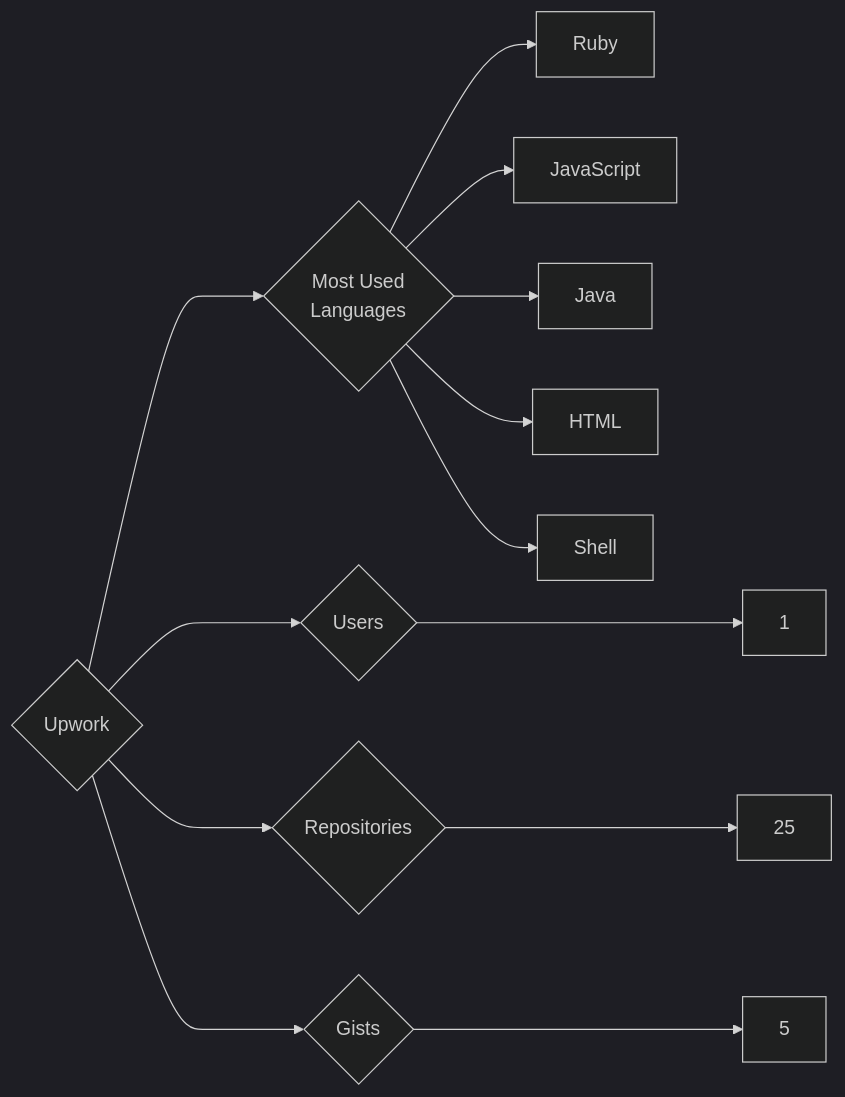
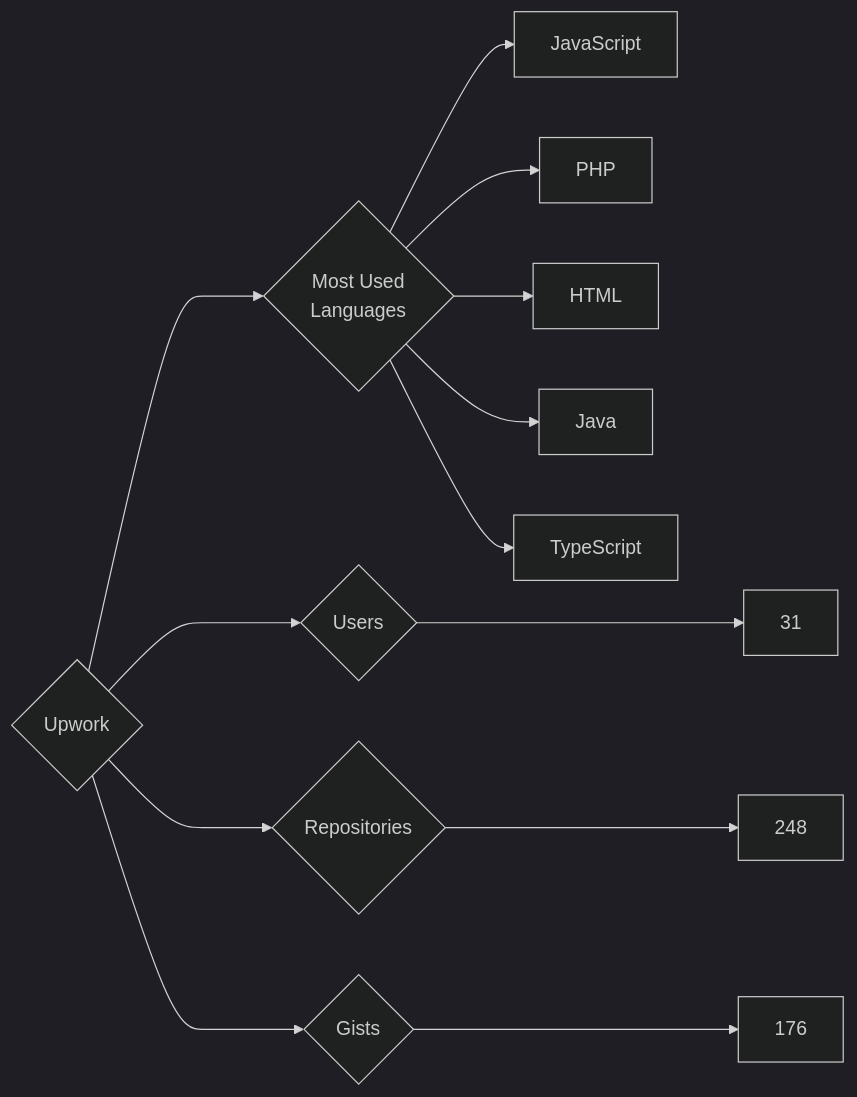
Before and after one commit to trickest/insiders: the diagram in targets/Upwork/README.md, drawn with Mermaid (dark theme). The commit also changed 995 other files, not shown here.

````diff
--- a/targets/Upwork/README.md
+++ b/targets/Upwork/README.md
@@ -3,13 +3,13 @@
 ```mermaid
 graph LR
 COMPANY_NAME{Upwork}
-COMPANY_NAME ---> U{Users} ---> UN[1]
-COMPANY_NAME ---> R{Repositories} ---> RN[25]
-COMPANY_NAME ---> G{Gists} ---> GN[5]
+COMPANY_NAME ---> U{Users} ---> UN[31]
+COMPANY_NAME ---> R{Repositories} ---> RN[248]
+COMPANY_NAME ---> G{Gists} ---> GN[176]
 COMPANY_NAME ---> ML{Most Used<br>Languages}
-ML --> Ruby[Ruby]
 ML --> JavaScript[JavaScript]
+ML --> PHP[PHP]
+ML --> HTML[HTML]
 ML --> Java[Java]
-ML --> HTML[HTML]
-ML --> Shell[Shell]
+ML --> TypeScript[TypeScript]
 ```
````
